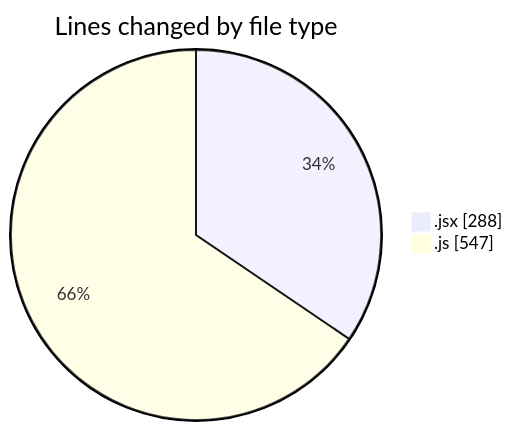
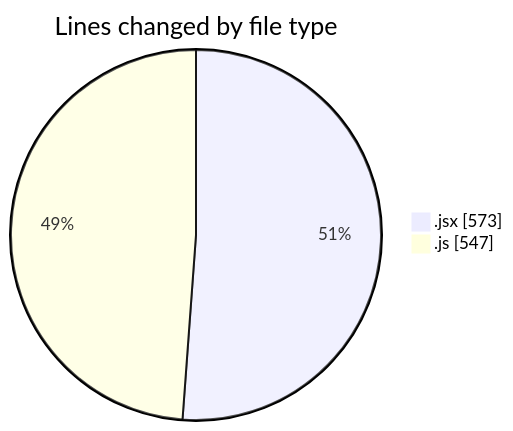
One commit to nxtqubesakshisongat/code-tracking changed the first of 2 diagrams in 2025-06-05/nxtqube_webapp/README.md. Above: the diagram before and after it, drawn with Mermaid. The commit also changed other lines of this file and 1 other file, not shown here.

````diff
--- a/2025-06-05/nxtqube_webapp/README.md
+++ b/2025-06-05/nxtqube_webapp/README.md
@@ -26,6 +27,6 @@
 ```mermaid
 pie showData
 title Lines changed by file type
-".jsx" : 288
+".jsx" : 573
 ".js" : 547
 ```
````
